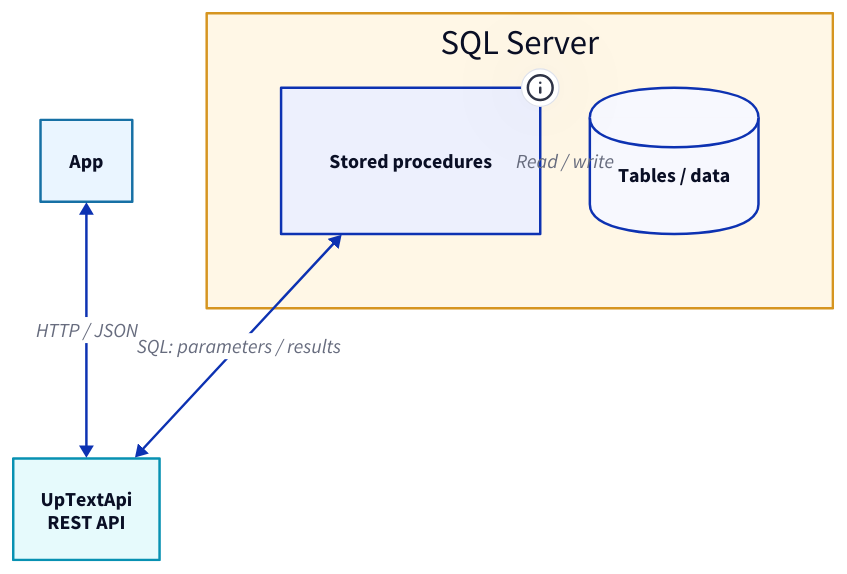
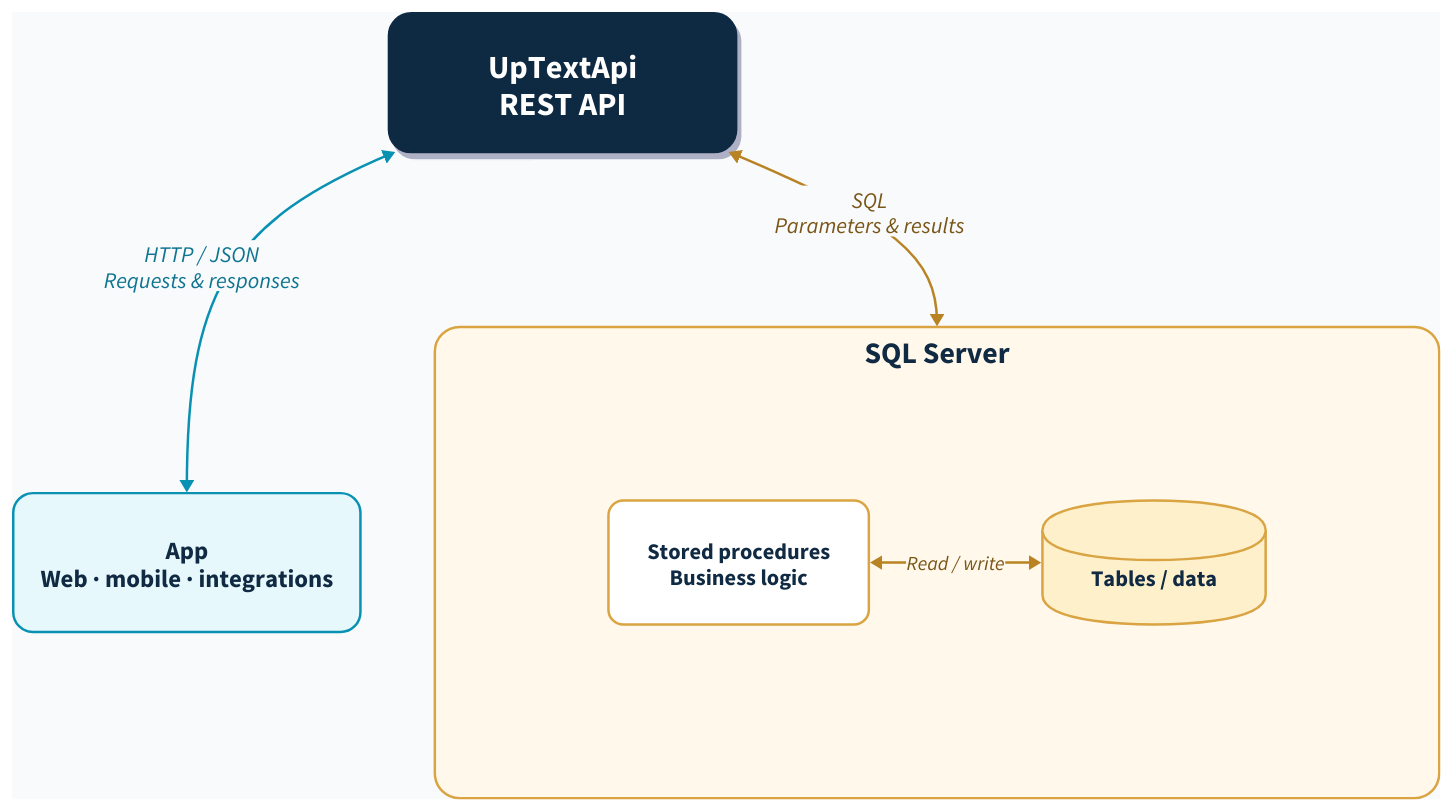
One commit to UpText/UpTextApi changed the diagram in docs/diagrams/architecture.d2. Above: the diagram before and after it, drawn with D2. The commit also changed 1 other file, not shown here.

Commit message:
Restyle architecture diagram with UpTextApi at the top

```diff
--- a/docs/diagrams/architecture.d2
+++ b/docs/diagrams/architecture.d2
@@ -1,38 +1,102 @@
 direction: down
 
 vars: {
   d2-config: {
-    pad: 20
+    pad: 48
+    center: true
   }
 }
 
-app: App {
-  shape: rectangle
-  style.fill: "#EAF5FF"
-  style.stroke: "#1670A5"
+style: {
+  fill: "#F8FAFC"
 }
 
 api: "UpTextApi\nREST API" {
-  style.fill: "#E6FAFC"
-  style.stroke: "#0891B2"
+  width: 280
+  height: 112
+  style: {
+    fill: "#102A43"
+    stroke: "#102A43"
+    font-color: "#FFFFFF"
+    font-size: 26
+    bold: true
+    border-radius: 18
+    shadow: true
+  }
+}
+
+app: "App\nWeb · mobile · integrations" {
+  width: 280
+  height: 112
+  style: {
+    fill: "#E6F8FC"
+    stroke: "#0891B2"
+    font-color: "#102A43"
+    font-size: 20
+    border-radius: 16
+    stroke-width: 2
+  }
 }
 
 sql: SQL Server {
   grid-rows: 1
-  style.fill: "#FFF7E6"
-  style.stroke: "#D69520"
-
-  procedures: Stored procedures {
-    shape: rectangle
-    tooltip: Stored and executed inside SQL Server
+  grid-gap: 140
+  style: {
+    fill: "#FFF8EB"
+    stroke: "#D9A441"
+    font-color: "#102A43"
+    font-size: 24
+    bold: true
+    border-radius: 20
+    stroke-width: 2
   }
 
-  tables: Tables / data {
-    shape: cylinder
+  procedures: "Stored procedures\nBusiness logic" {
+    width: 210
+    height: 100
+    style: {
+      fill: "#FFFFFF"
+      stroke: "#D9A441"
+      font-color: "#102A43"
+      font-size: 18
+      border-radius: 12
+    }
   }
 
-  procedures <-> tables: Read / write
+  tables: "Tables / data" {
+    shape: cylinder
+    width: 180
+    height: 100
+    style: {
+      fill: "#FFF0CC"
+      stroke: "#D9A441"
+      font-color: "#102A43"
+      font-size: 18
+    }
+  }
+
+  procedures <-> tables: Read / write {
+    style: {
+      stroke: "#B98222"
+      font-color: "#795516"
+      font-size: 16
+    }
+  }
 }
 
-app <-> api: "HTTP / JSON"
-api <-> sql.procedures: "SQL: parameters / results"
+api <-> app: "HTTP / JSON\nRequests & responses" {
+  style: {
+    stroke: "#0891B2"
+    stroke-width: 2
+    font-color: "#0E7490"
+    font-size: 18
+  }
+}
+api <-> sql: "SQL\nParameters & results" {
+  style: {
+    stroke: "#B98222"
+    stroke-width: 2
+    font-color: "#795516"
+    font-size: 18
+  }
+}
```
